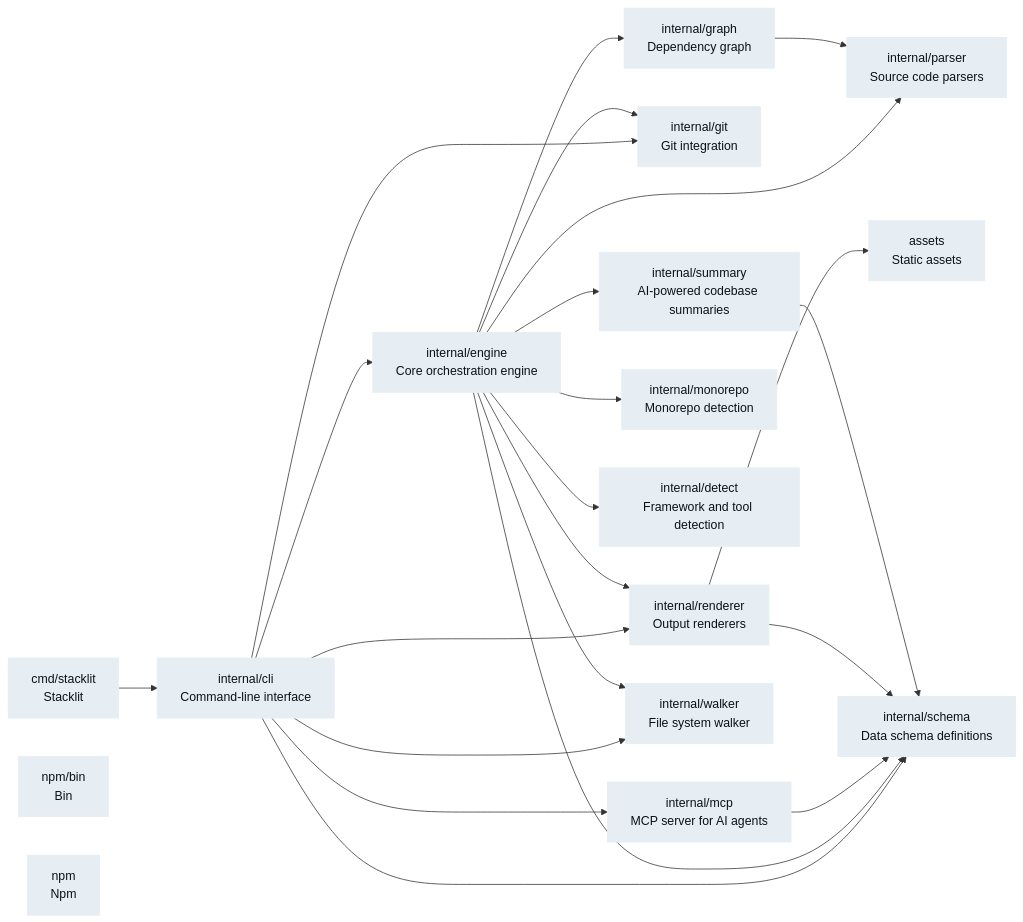
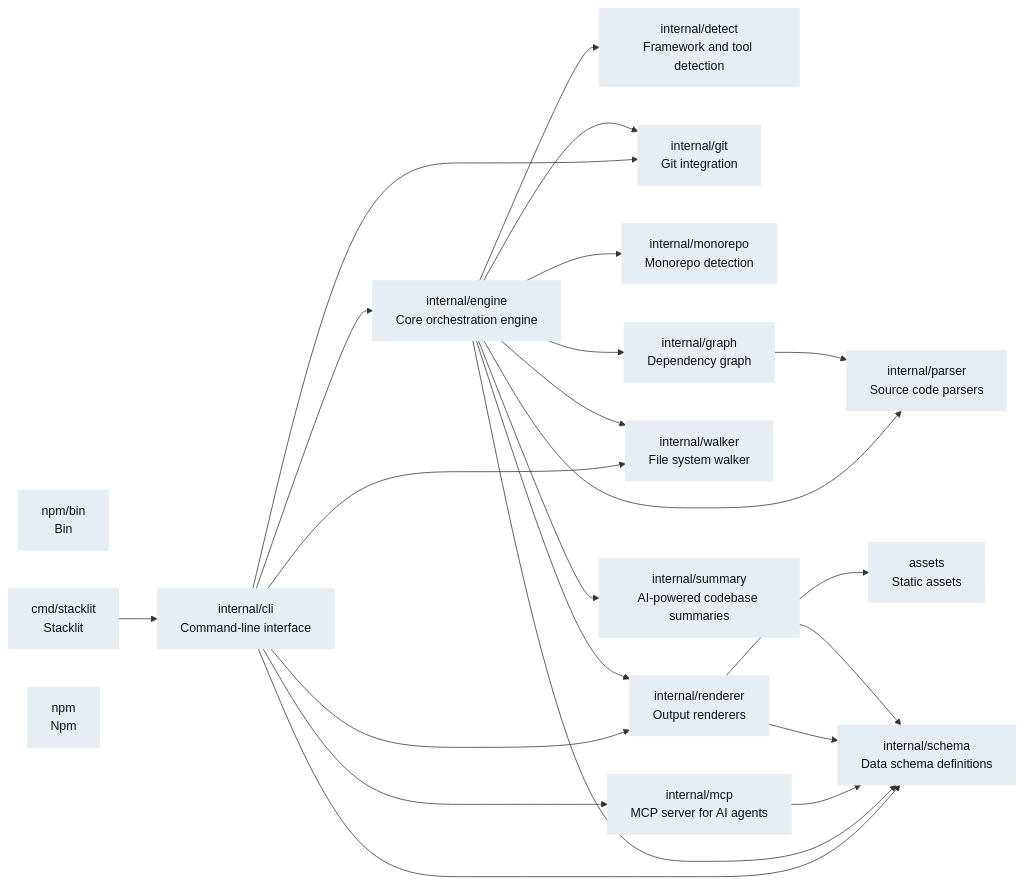
The diagram in stacklit.mmd (atharvasingh7007/stacklit), drawn with Mermaid before and after one commit. The commit also changed other lines of this file and 1 other file, not shown here.

Commit message:
feat: per-module language, env var detection, smarter hints

```diff
--- a/stacklit.mmd
+++ b/stacklit.mmd
@@ -1,44 +1,44 @@
 graph LR
-  classDef typescript fill:#c9d1d9,color:#0d1117,stroke:#c9d1d9
   classDef python fill:#b1bac4,color:#0d1117,stroke:#b1bac4
   classDef rust fill:#a5b3bf,color:#0d1117,stroke:#a5b3bf
   classDef go fill:#e6edf3,color:#0d1117,stroke:#e6edf3
   classDef javascript fill:#c9d1d9,color:#0d1117,stroke:#c9d1d9
   classDef java fill:#8b949e,color:#0d1117,stroke:#8b949e
-  cmd_stacklit["cmd/stacklit\nStacklit"]:::go
-  internal_cli["internal/cli\nCommand-line interface"]:::go
-  internal_engine["internal/engine\nCore orchestration engine"]:::go
-  internal_mcp["internal/mcp\nMCP server for AI agents"]:::go
+  classDef typescript fill:#c9d1d9,color:#0d1117,stroke:#c9d1d9
+  internal_detect["internal/detect\nFramework and tool detection"]:::go
+  internal_git["internal/git\nGit integration"]:::go
+  internal_monorepo["internal/monorepo\nMonorepo detection"]:::go
   npm_bin["npm/bin\nBin"]:::go
   assets["assets\nStatic assets"]:::go
-  internal_git["internal/git\nGit integration"]:::go
+  internal_schema["internal/schema\nData schema definitions"]:::go
+  internal_cli["internal/cli\nCommand-line interface"]:::go
+  internal_mcp["internal/mcp\nMCP server for AI agents"]:::go
+  internal_walker["internal/walker\nFile system walker"]:::go
+  cmd_stacklit["cmd/stacklit\nStacklit"]:::go
+  internal_engine["internal/engine\nCore orchestration engine"]:::go
+  internal_graph["internal/graph\nDependency graph"]:::go
+  internal_parser["internal/parser\nSource code parsers"]:::go
   internal_renderer["internal/renderer\nOutput renderers"]:::go
-  internal_graph["internal/graph\nDependency graph"]:::go
-  internal_monorepo["internal/monorepo\nMonorepo detection"]:::go
+  internal_summary["internal/summary\nAI-powered codebase summaries"]:::go
   npm["npm\nNpm"]:::go
-  internal_detect["internal/detect\nFramework and tool detection"]:::go
-  internal_parser["internal/parser\nSource code parsers"]:::go
-  internal_schema["internal/schema\nData schema definitions"]:::go
-  internal_summary["internal/summary\nAI-powered codebase summaries"]:::go
-  internal_walker["internal/walker\nFile system walker"]:::go
   cmd_stacklit --> internal_cli
   internal_cli --> internal_engine
   internal_cli --> internal_git
   internal_cli --> internal_mcp
   internal_cli --> internal_renderer
   internal_cli --> internal_schema
   internal_cli --> internal_walker
   internal_engine --> internal_detect
   internal_engine --> internal_git
   internal_engine --> internal_graph
   internal_engine --> internal_monorepo
   internal_engine --> internal_parser
   internal_engine --> internal_renderer
   internal_engine --> internal_schema
   internal_engine --> internal_summary
   internal_engine --> internal_walker
   internal_graph --> internal_parser
   internal_mcp --> internal_schema
   internal_renderer --> assets
   internal_renderer --> internal_schema
   internal_summary --> internal_schema
```
